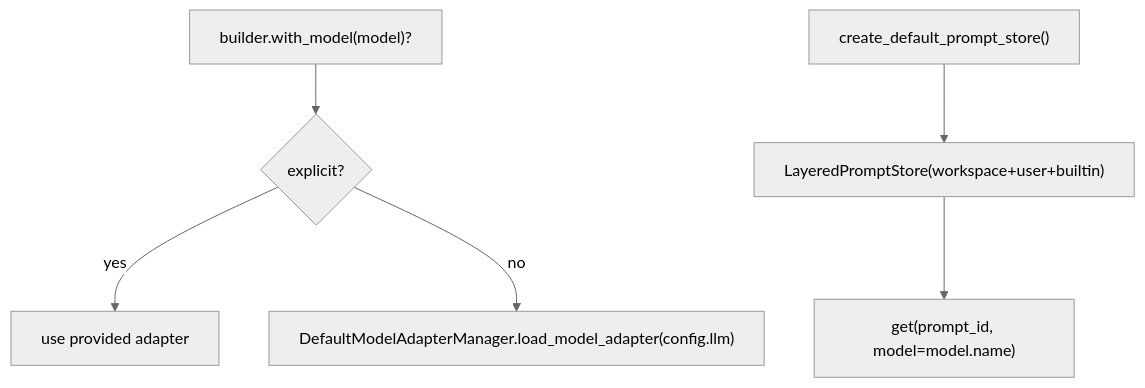
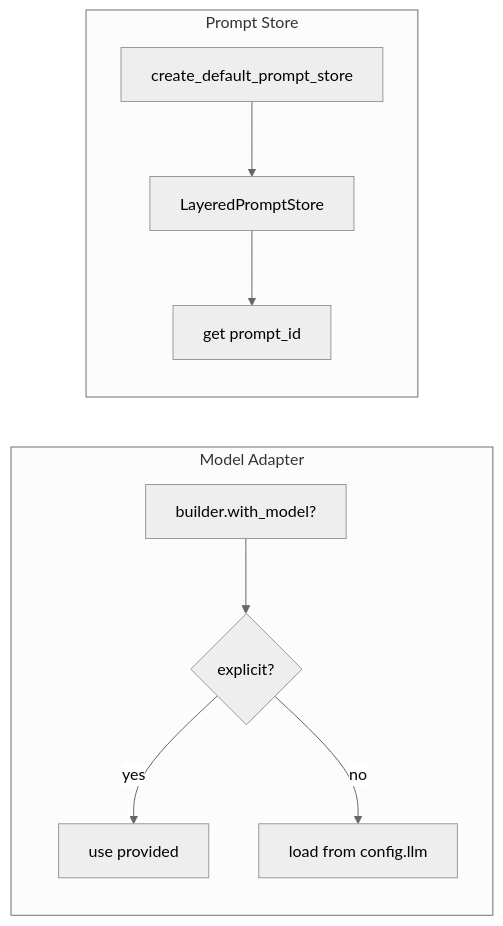
Before and after one commit to clowder-labs/Deterministic-Agent-Runtime-Engine: the eighth of 13 diagrams in docs/DARE_FRAMEWORK_DESIGN.md, drawn with Mermaid (neutral theme). The commit also changed other lines of this file, not shown here.

````diff
--- a/docs/DARE_FRAMEWORK_DESIGN.md
+++ b/docs/DARE_FRAMEWORK_DESIGN.md
@@ -306,8 +313,21 @@
 ```mermaid
-flowchart TD
-  A["builder.with_model(model)?"] --> B{explicit?}
-  B -->|yes| C["use provided adapter"]
-  B -->|no| D["DefaultModelAdapterManager.load_model_adapter(config.llm)"]
-  E["create_default_prompt_store()"] --> F["LayeredPromptStore(workspace+user+builtin)"]
-  F --> G["get(prompt_id, model=model.name)"]
+flowchart LR
+  subgraph MA["Model Adapter"]
+    direction TB
+    A["builder.with_model?"]
+    B{explicit?}
+    C["use provided"]
+    D["load from config.llm"]
+    A --> B
+    B -->|yes| C
+    B -->|no| D
+  end
+
+  subgraph PS["Prompt Store"]
+    direction TB
+    E["create_default_prompt_store"]
+    F["LayeredPromptStore"]
+    G["get prompt_id"]
+    E --> F --> G
+  end
 ```
````
